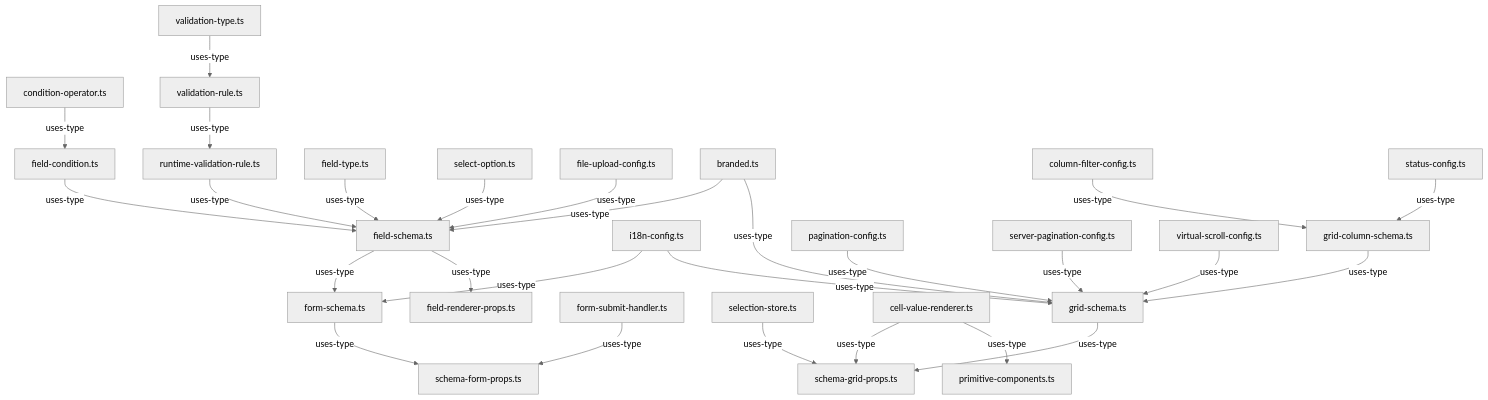
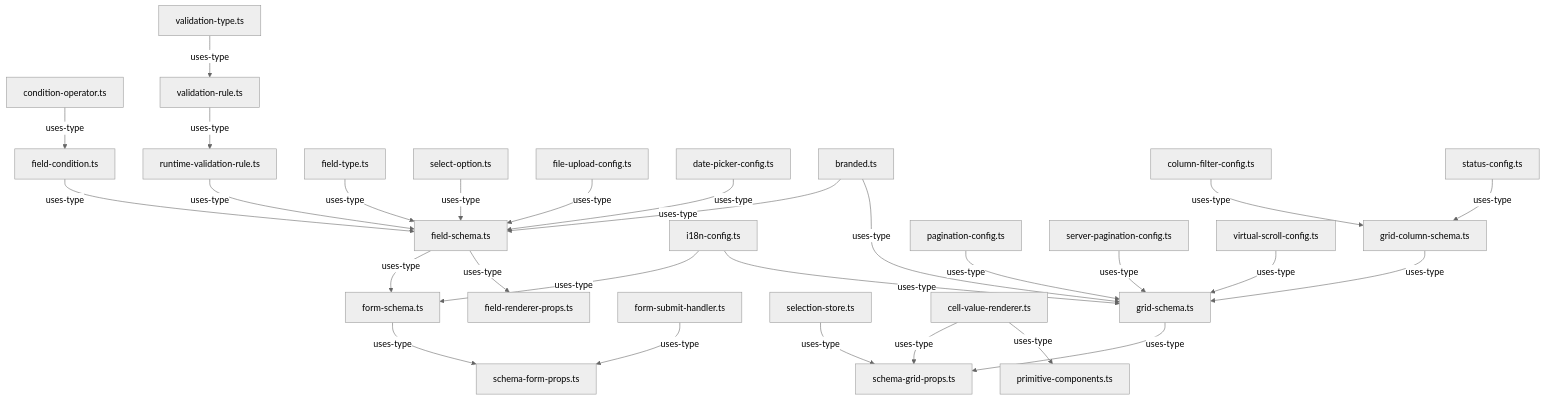
The diagram in packages/core/src/engine/types/.context.md (WianVDM/schema-framework), drawn with Mermaid (neutral theme) before and after one commit. The commit also changed other lines of this file and 31 other files, not shown here.

Commit message:
feat: add DatePicker primitive + fix Slice 1 gaps

````diff
--- a/packages/core/src/engine/types/.context.md
+++ b/packages/core/src/engine/types/.context.md
@@ -38,37 +39,38 @@
 ```mermaid
 graph TD
     condition-operator.ts -->|uses-type| field-condition.ts
     validation-type.ts -->|uses-type| validation-rule.ts
     validation-rule.ts -->|uses-type| runtime-validation-rule.ts
 
     field-type.ts -->|uses-type| field-schema.ts
     select-option.ts -->|uses-type| field-schema.ts
     runtime-validation-rule.ts -->|uses-type| field-schema.ts
     field-condition.ts -->|uses-type| field-schema.ts
     file-upload-config.ts -->|uses-type| field-schema.ts
+    date-picker-config.ts -->|uses-type| field-schema.ts
     branded.ts -->|uses-type| field-schema.ts
 
     field-schema.ts -->|uses-type| form-schema.ts
     i18n-config.ts -->|uses-type| form-schema.ts
 
     column-filter-config.ts -->|uses-type| grid-column-schema.ts
     status-config.ts -->|uses-type| grid-column-schema.ts
 
     grid-column-schema.ts -->|uses-type| grid-schema.ts
     pagination-config.ts -->|uses-type| grid-schema.ts
     server-pagination-config.ts -->|uses-type| grid-schema.ts
     virtual-scroll-config.ts -->|uses-type| grid-schema.ts
     branded.ts -->|uses-type| grid-schema.ts
     i18n-config.ts -->|uses-type| grid-schema.ts
 
     form-schema.ts -->|uses-type| schema-form-props.ts
     form-submit-handler.ts -->|uses-type| schema-form-props.ts
 
     grid-schema.ts -->|uses-type| schema-grid-props.ts
     selection-store.ts -->|uses-type| schema-grid-props.ts
     cell-value-renderer.ts -->|uses-type| schema-grid-props.ts
 
     field-schema.ts -->|uses-type| field-renderer-props.ts
     cell-value-renderer.ts -->|uses-type| primitive-components.ts
 
 ```
````
